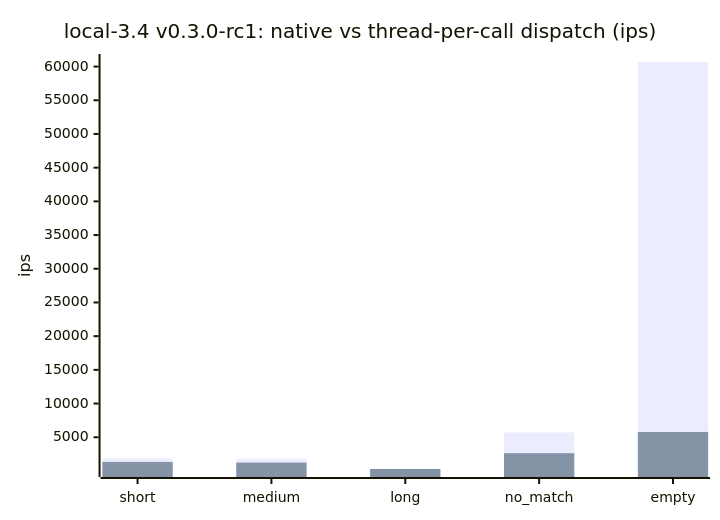
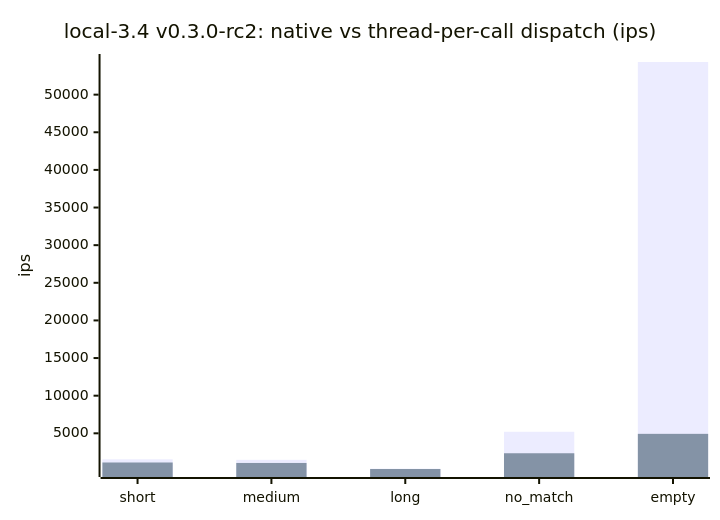
The fourth of 7 diagrams in docs/benchmarks/README.md (cpb/duckling), drawn with Mermaid before and after one commit. The commit also changed other lines of this file and 1 other file, not shown here.

First line of the commit message:
bench: record local-3.4 data point for 0.3.0-rc2

````diff
--- a/docs/benchmarks/README.md
+++ b/docs/benchmarks/README.md
@@ -165,8 +165,8 @@
 ```mermaid
 xychart-beta
-    title "local-3.4 v0.3.0-rc1: native vs thread-per-call dispatch (ips)"
+    title "local-3.4 v0.3.0-rc2: native vs thread-per-call dispatch (ips)"
     x-axis [short, medium, long, no_match, empty]
     y-axis "ips"
-    bar "native" [1859.7, 1837.8, 329.8, 5715.7, 60677.4]
-    bar "thread-per-call" [1338.4, 1240.2, 291.2, 2636.8, 5788.3]
+    bar "native" [1541.4, 1478.2, 299.1, 5207.1, 54337.3]
+    bar "thread-per-call" [1122.6, 1061.7, 259.2, 2350.7, 4930.6]
 ```
````
